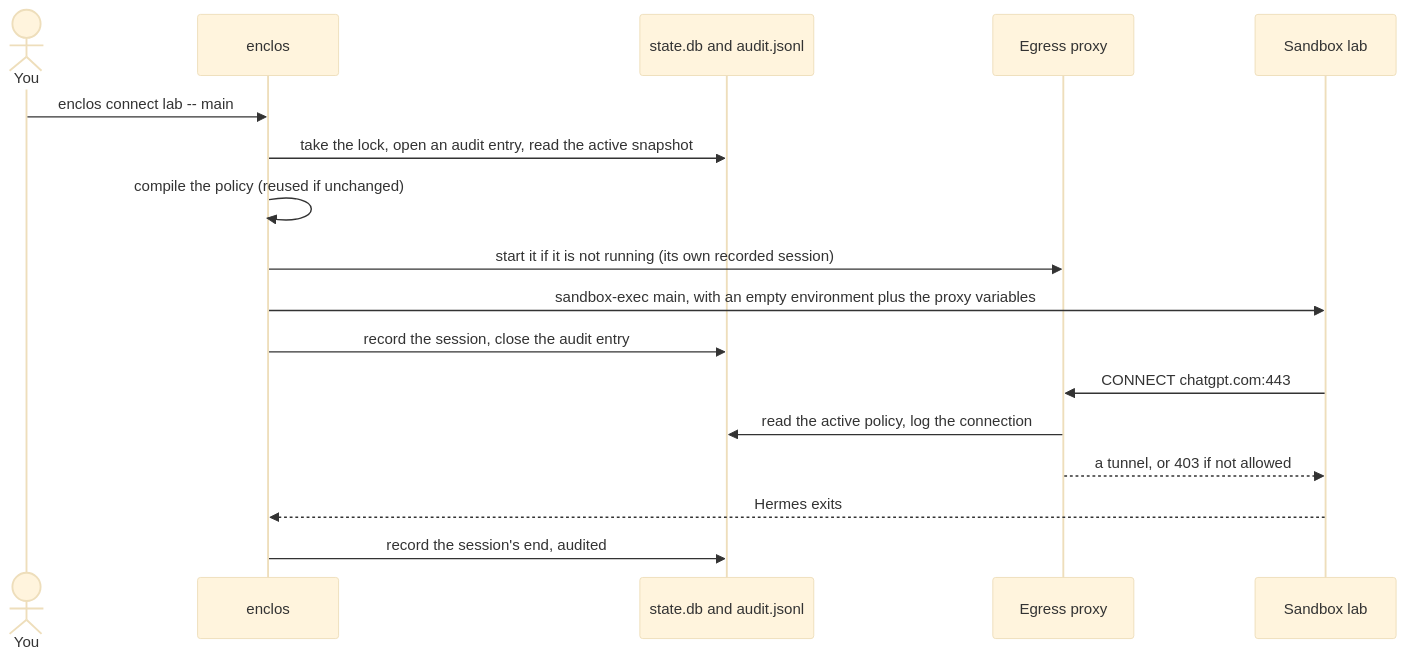
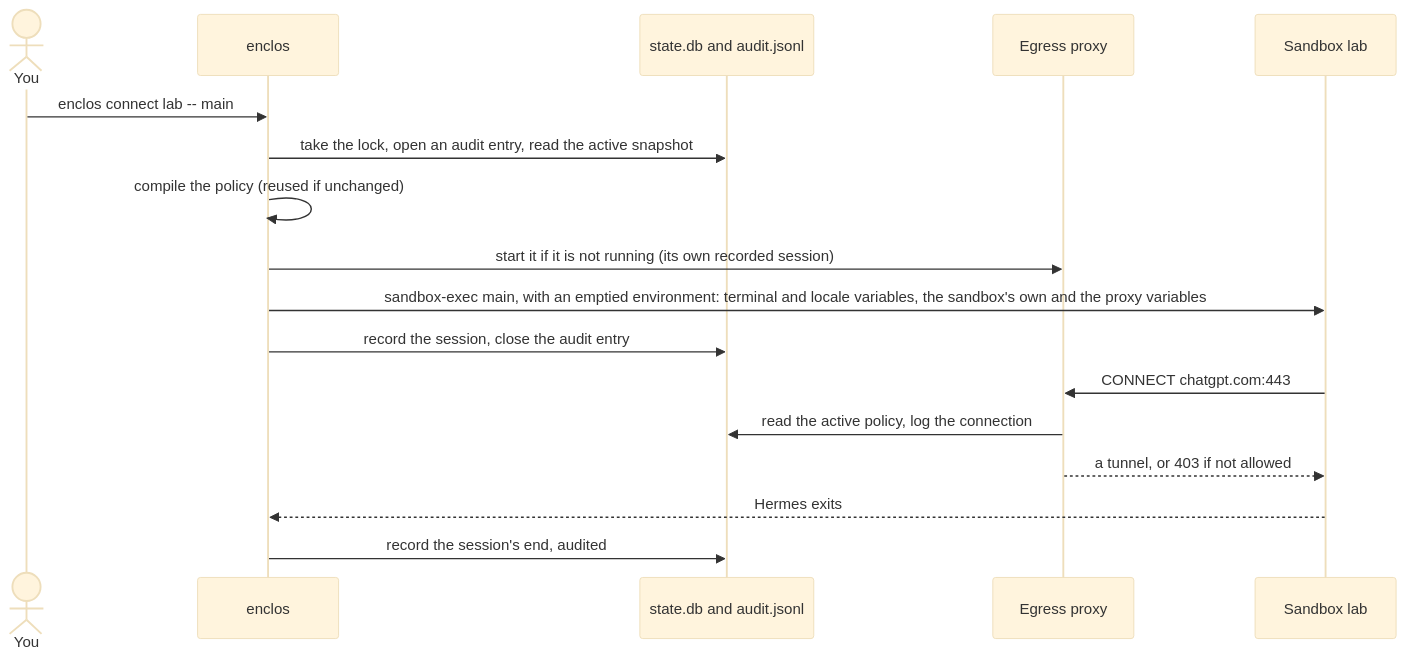
One commit to victorbonnet/enclos changed the third of 3 diagrams in docs/architecture.md. Above: the diagram before and after it, drawn with Mermaid (base theme). The commit also changed 1 other file, not shown here.

Commit message:
docs: make the design say what milestone 1 implements
The design still called itself "before the first line of code", and
described as working several things milestone 1 does not do:

- the TLS server name check, its `name-mismatch` reason and the server
  name in the network log, which milestone 2 brings;
- IDNA conversion of hosts, where the proxy and policy validation refuse
  a host that is not ASCII and ask for its xn-- form;
- program allowlists and resource limits in the Seatbelt column of the
  backend table, where milestone 1 refuses `[exec]` and `[resources]`;
- a `wrap` environment that left out what the code passes and sets.

The server name check stays decided (ADR 0007); the text now says it is
milestone 2 and not implemented yet. The file-system rows and the
backend's reported enforcement are unchanged.

````diff
--- a/docs/architecture.md
+++ b/docs/architecture.md
@@ -88,20 +88,20 @@
 ```mermaid
 sequenceDiagram
   actor You
   participant CLI as enclos
   participant Data as state.db and audit.jsonl
   participant Proxy as Egress proxy
   participant SB as Sandbox lab
 
   You->>CLI: enclos connect lab -- main
   CLI->>Data: take the lock, open an audit entry, read the active snapshot
   CLI->>CLI: compile the policy (reused if unchanged)
   CLI->>Proxy: start it if it is not running (its own recorded session)
-  CLI->>SB: sandbox-exec main, with an empty environment plus the proxy variables
+  CLI->>SB: sandbox-exec main, with an emptied environment: terminal and locale variables, the sandbox's own and the proxy variables
   CLI->>Data: record the session, close the audit entry
   SB->>Proxy: CONNECT chatgpt.com:443
   Proxy->>Data: read the active policy, log the connection
   Proxy-->>SB: a tunnel, or 403 if not allowed
   SB-->>CLI: Hermes exits
   CLI->>Data: record the session's end, audited
 ```
````
